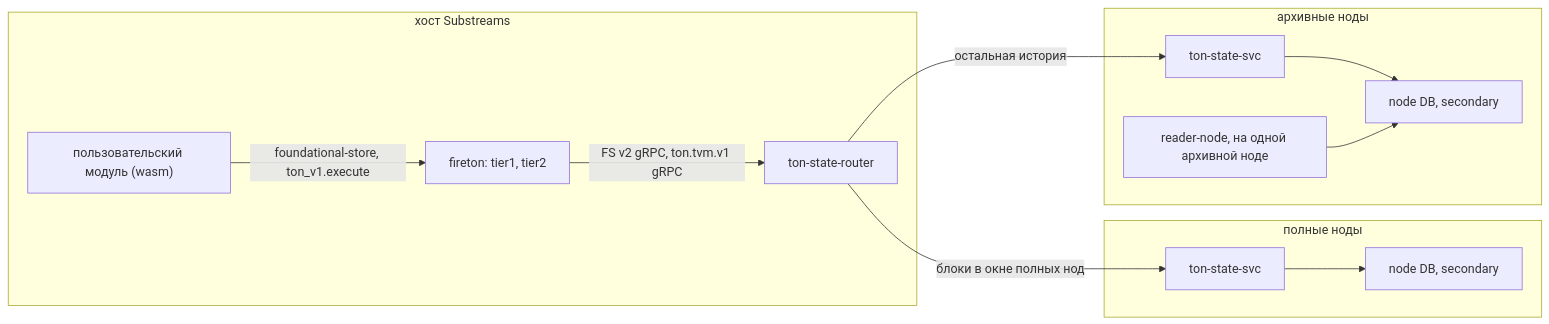
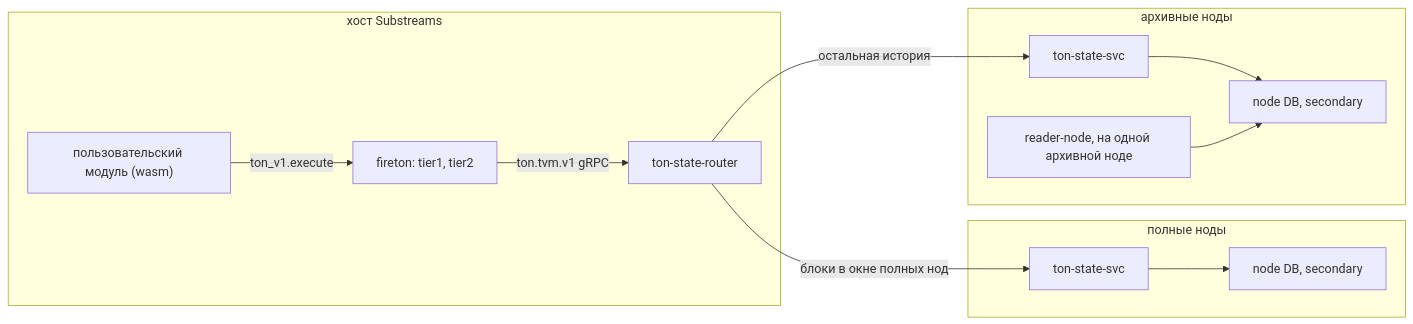
The diagram in ton-index-worker/ton-index-firehose/substreams-tvm.md (toncenter/ton-indexer), drawn with Mermaid before and after one commit. The commit also changed other lines of this file, not shown here.

Commit message:
substreams tvm plan

````diff
--- a/ton-index-worker/ton-index-firehose/substreams-tvm.md
+++ b/ton-index-worker/ton-index-firehose/substreams-tvm.md
@@ -82,19 +117,19 @@
 ```mermaid
 flowchart LR
     subgraph Substreams["хост Substreams"]
         Module["пользовательский модуль (wasm)"]
         Tier["fireton: tier1, tier2"]
         Router["ton-state-router"]
-        Module -- "foundational-store, ton_v1.execute" --> Tier
-        Tier -- "FS v2 gRPC, ton.tvm.v1 gRPC" --> Router
+        Module -- "ton_v1.execute" --> Tier
+        Tier -- "ton.tvm.v1 gRPC" --> Router
     end
     subgraph Full["полные ноды"]
         SvcF["ton-state-svc"] --> DbF["node DB, secondary"]
     end
     subgraph Archive["архивные ноды"]
         SvcA["ton-state-svc"] --> DbA["node DB, secondary"]
         Reader["reader-node, на одной архивной ноде"] --> DbA
     end
     Router -- "блоки в окне полных нод" --> SvcF
     Router -- "остальная история" --> SvcA
 ```
````
